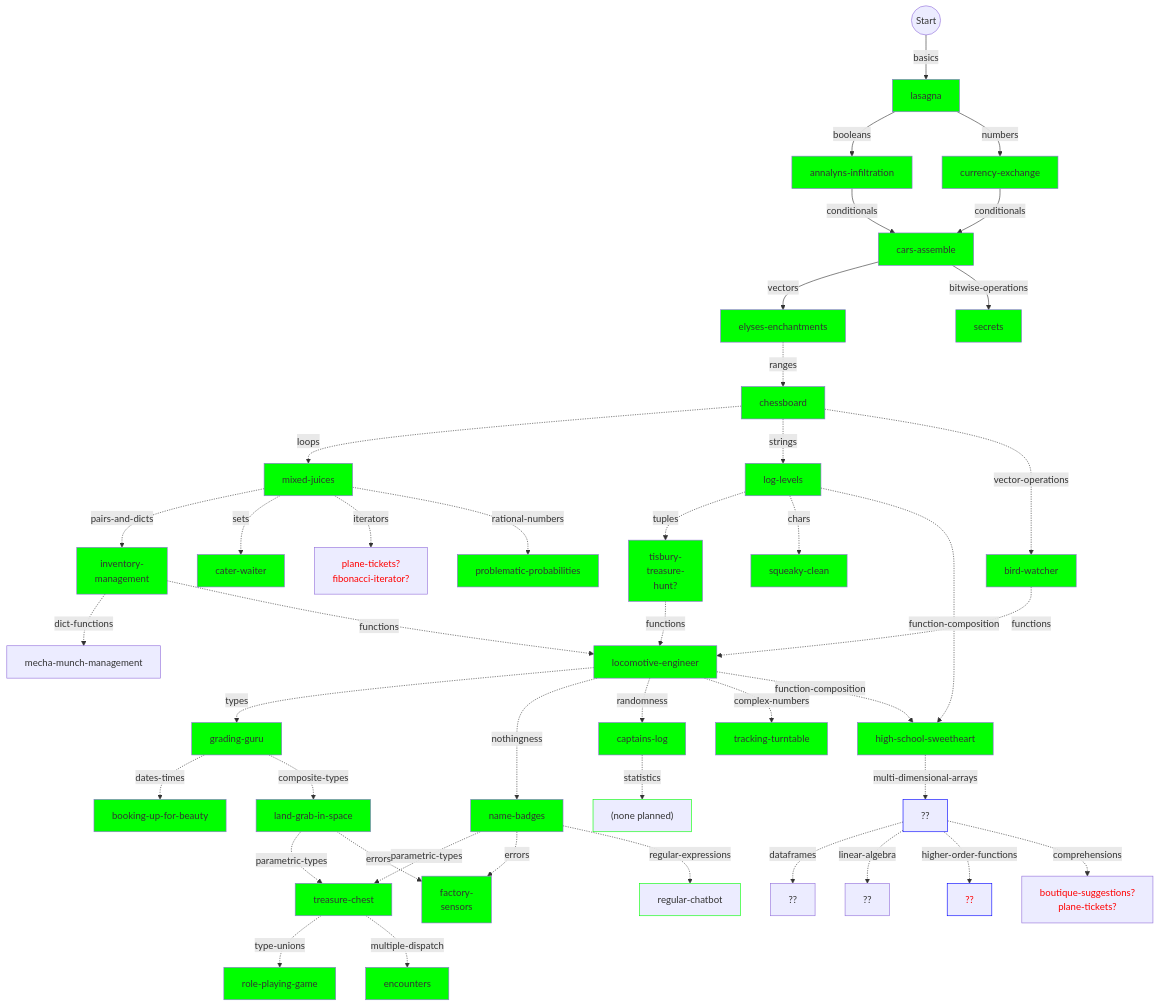
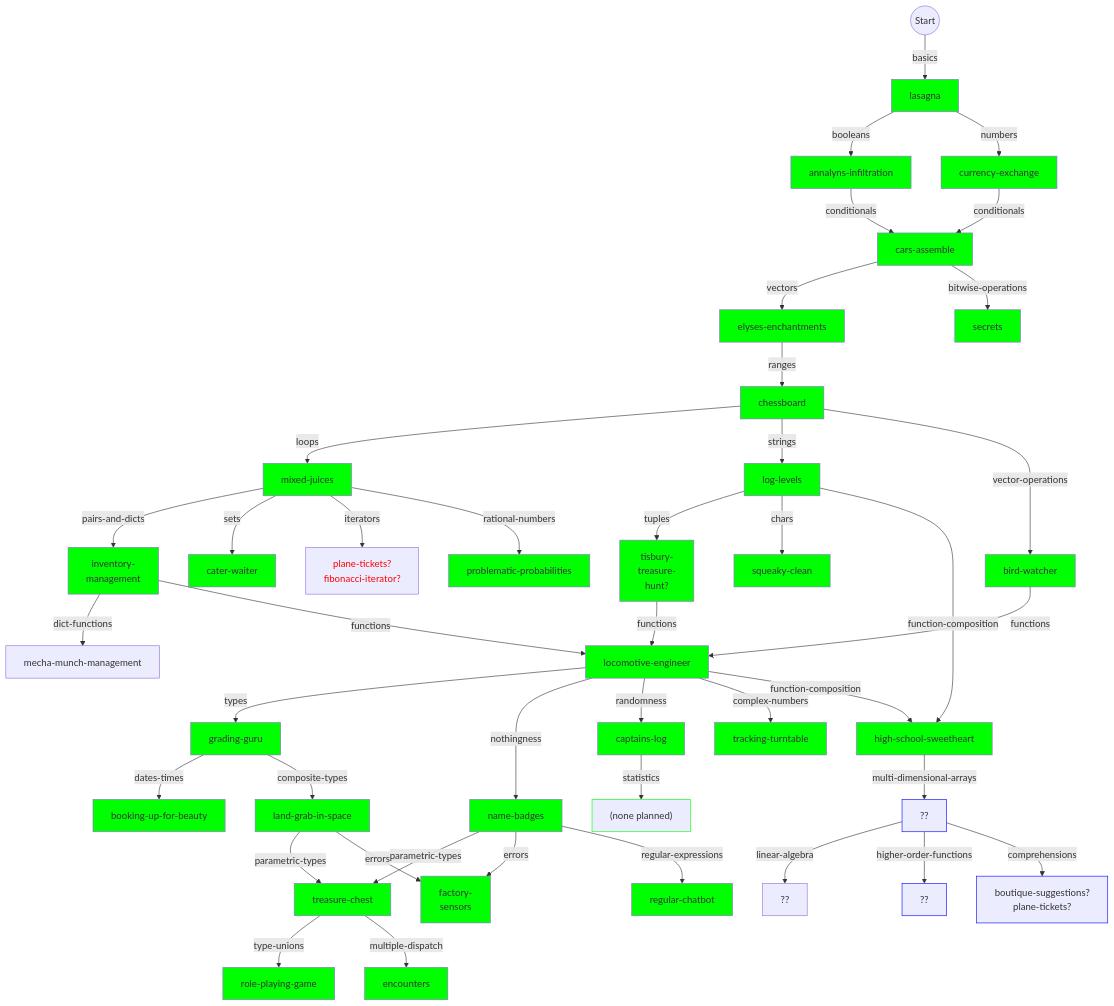
Before and after one commit to colinleach/learning-track-doodles: the diagram in julia/flowchart.md, drawn with Mermaid.

````diff
--- a/julia/flowchart.md
+++ b/julia/flowchart.md
@@ -20,20 +20,20 @@
 basics --numbers--> numbers["currency-exchange"]
 style numbers fill:#0f0
 
-types -.dates-times.-> dates-times["booking-up-for-beauty"]
+types --dates-times--> dates-times["booking-up-for-beauty"]
 style dates-times fill:#0f0
 
-functions -.types.-> types["grading-guru"]
+functions --types--> types["grading-guru"]
 style types fill:#0f0 
 
-types -.composite-types.-> composite-types["land-grab-in-space"]
+types --composite-types--> composite-types["land-grab-in-space"]
 style composite-types  fill:#0f0
 
-composite-types -.parametric-types.-> parametric-types["treasure-chest"]
-nothingness -.parametric-types.-> parametric-types["treasure-chest"]
+composite-types --parametric-types--> parametric-types["treasure-chest"]
+nothingness --parametric-types--> parametric-types["treasure-chest"]
 style parametric-types  fill:#0f0
 
-parametric-types -.type-unions.-> type-unions["role-playing-game"]
+parametric-types --type-unions--> type-unions["role-playing-game"]
 style type-unions fill:#0f0
 
 
@@ -46,88 +46,87 @@
 conditionals --vectors--> vectors["elyses-enchantments"]
 style vectors fill:#0f0
 
-vectors -.ranges.-> ranges["chessboard"]
+vectors --ranges--> ranges["chessboard"]
 style ranges fill:#0f0
 
-ranges -.loops.-> loops["mixed-juices"]
+ranges --loops--> loops["mixed-juices"]
 style loops fill:#0f0
 
-ranges -.strings.-> strings["log-levels"]
+ranges --strings--> strings["log-levels"]
 style strings fill:#0F0
 
-ranges -.vector-operations.-> vector-operations["bird-watcher"]
+ranges --vector-operations--> vector-operations["bird-watcher"]
 style vector-operations fill:#0f0
 
-functions -.nothingness.-> nothingness["name-badges"]
+functions --nothingness--> nothingness["name-badges"]
 style nothingness fill:#0f0
 
-functions -.randomness.-> randomness["captains-log"]
+functions --randomness--> randomness["captains-log"]
 style randomness fill:#0f0
 
-randomness -.statistics.-> statistics["(none planned)"]
+randomness --statistics--> statistics["(none planned)"]
 style statistics stroke:#0f0
 
-strings -.tuples.-> tuples["tisbury-<br/>treasure-<br/>hunt?"]
+strings --tuples--> tuples["tisbury-<br/>treasure-<br/>hunt?"]
 style tuples fill:#0f0
 
-loops -.pairs-and-dicts.-> pairs-and-dicts["inventory-<br/>management"]
+loops --pairs-and-dicts--> pairs-and-dicts["inventory-<br/>management"]
 style pairs-and-dicts fill:#0f0
 
-loops -.sets.-> sets["cater-waiter"]
+loops --sets--> sets["cater-waiter"]
 style sets fill:#0f0
 
-strings -.chars.-> chars["squeaky-clean"]
+strings --chars--> chars["squeaky-clean"]
 style chars fill:#0f0
 
-loops -.iterators.-> iterators["plane-tickets?<br/>fibonacci-iterator?"]
+loops --iterators--> iterators["plane-tickets?<br/>fibonacci-iterator?"]
 style iterators color:#f00
 
 conditionals --bitwise-operations--> bitwise-operations["secrets"]
 style bitwise-operations fill:#0f0
 
-function-composition -.multi-dimensional-arrays.-> multi-dimensional-arrays["??"]
-
-multi-dimensional-arrays -.dataframes.-> dataframes["??"]
+function-composition --multi-dimensional-arrays--> multi-dimensional-arrays["??"]
 style multi-dimensional-arrays stroke:#00f
 
-multi-dimensional-arrays -.linear-algebra.-> linear-algebra["??"]
+multi-dimensional-arrays --linear-algebra--> linear-algebra["??"]
+%%style linear-algebra stroke:#00f
 
-pairs-and-dicts -.dict-functions.-> dict-functions["mecha-munch-management"]
+pairs-and-dicts --dict-functions--> dict-functions["mecha-munch-management"]
 %% style dict-functions stroke:#00f
 
-pairs-and-dicts -.functions.-> functions["locomotive-engineer"]
+pairs-and-dicts --functions--> functions["locomotive-engineer"]
 style functions fill:#0f0
 
-vector-operations -.functions.-> functions["locomotive-engineer"]
+vector-operations --functions--> functions["locomotive-engineer"]
 style functions fill:#0f0
 
-tuples -.functions.-> functions["locomotive-engineer"]
+tuples --functions--> functions["locomotive-engineer"]
 style functions fill:#0f0
 
-multi-dimensional-arrays -.higher-order-functions.-> higher-order-functions["??"]
-style higher-order-functions stroke:#00f,color:#f00
+multi-dimensional-arrays --higher-order-functions--> higher-order-functions["??"]
+style higher-order-functions stroke:#00f
 
-parametric-types -.multiple-dispatch.-> multiple-dispatch["encounters"]
+parametric-types --multiple-dispatch--> multiple-dispatch["encounters"]
 style multiple-dispatch fill:#0f0
 
-functions -.complex-numbers.-> complex-numbers["tracking-turntable"]
+functions --complex-numbers--> complex-numbers["tracking-turntable"]
 style complex-numbers fill:#0f0
 
-functions -.function-composition.-> function-composition["high-school-sweetheart"]
-strings -.function-composition.-> function-composition["high-school-sweetheart"]
+functions --function-composition--> function-composition["high-school-sweetheart"]
+strings --function-composition--> function-composition["high-school-sweetheart"]
 style function-composition fill:#0f0
 
-nothingness -.errors.-> errors["factory-<br/>sensors "]
-composite-types -.errors.-> errors["factory-<br/>sensors "]
+nothingness --errors--> errors["factory-<br/>sensors "]
+composite-types --errors--> errors["factory-<br/>sensors "]
 style errors fill:#0f0
 
-nothingness -.regular-expressions.-> regular-expressions["regular-chatbot"]
-style regular-expressions stroke:#0f0
+nothingness --regular-expressions--> regular-expressions["regular-chatbot"]
+style regular-expressions fill:#0f0
 
-loops -.rational-numbers.-> rational-numbers["problematic-probabilities"]
+loops --rational-numbers--> rational-numbers["problematic-probabilities"]
 style rational-numbers fill:#0f0
 
-multi-dimensional-arrays -.comprehensions.-> comprehensions["boutique-suggestions?<br/>plane-tickets?"]
-style comprehensions color:#f00
+multi-dimensional-arrays --comprehensions--> comprehensions["boutique-suggestions?<br/>plane-tickets?"]
+style comprehensions stroke:#00f
 
 ```
````
